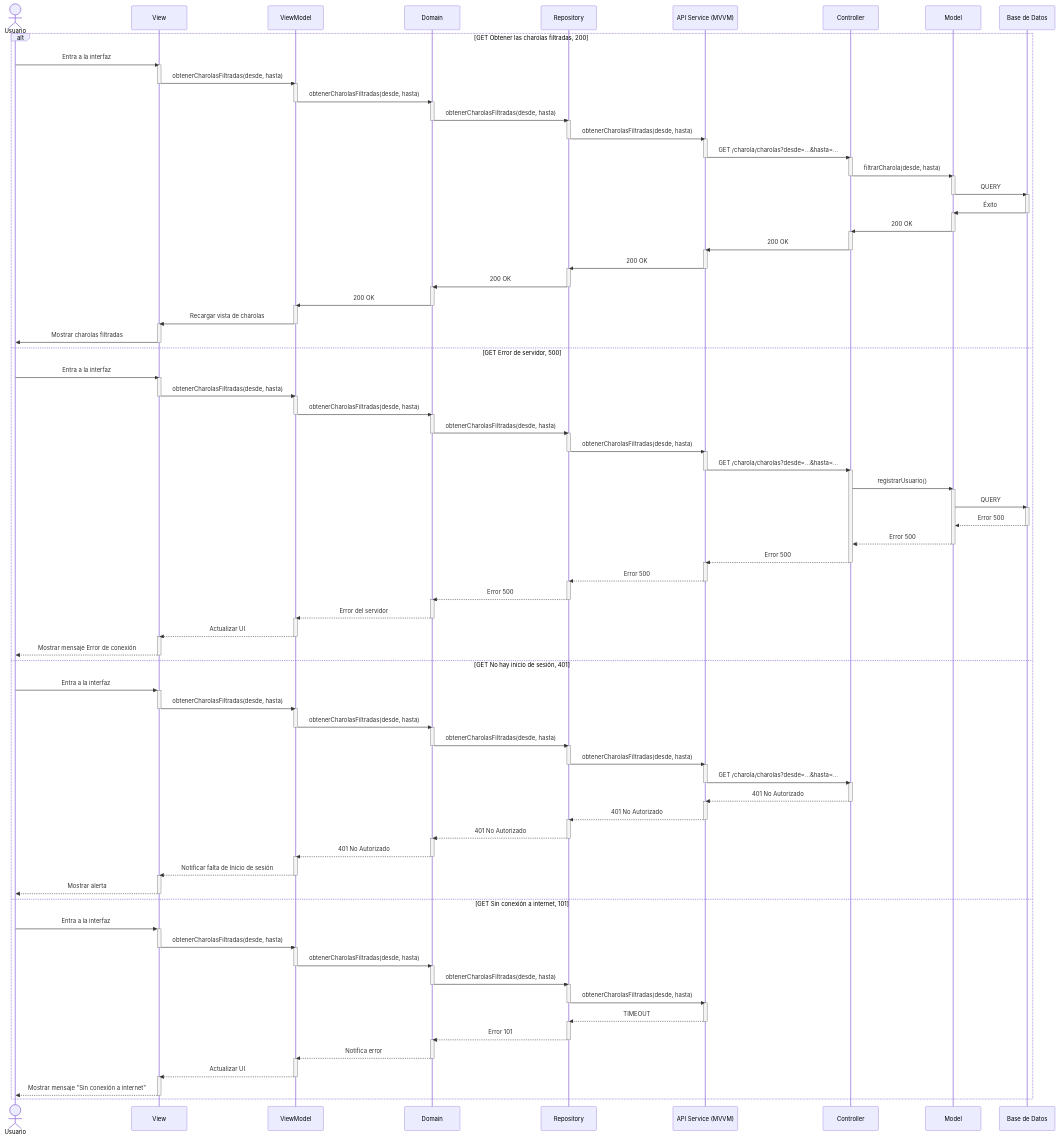
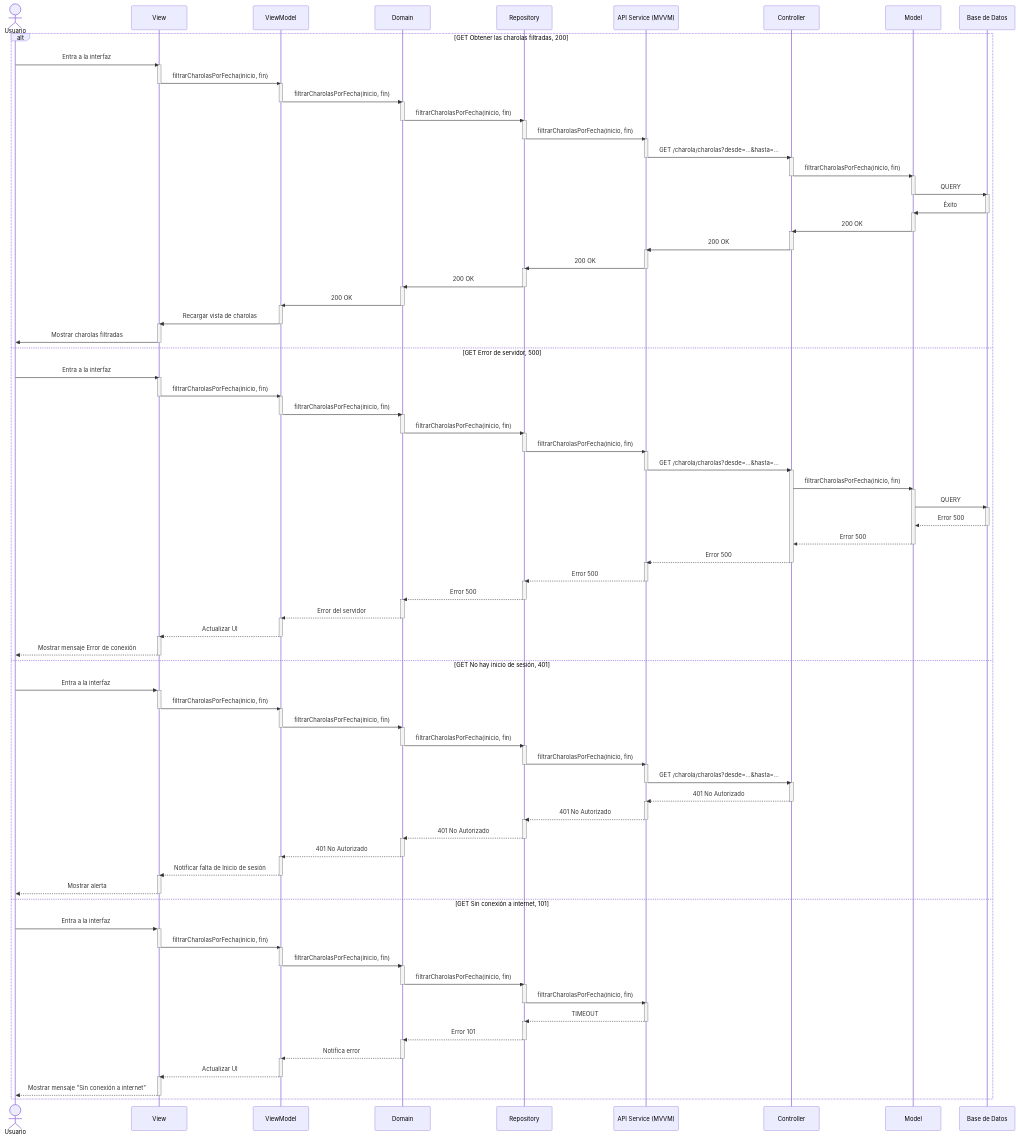
One commit to CodeAnd-Co/Documentacion changed the diagram in documentation/docs/proyectos/larvas/documentacion/requisitos/RF15.md. Above: the diagram before and after it, drawn with Mermaid. The commit also changed other lines of this file and 2 other files, not shown here.

Commit message:
Correcion diagrama de secuencia y mockup

```diff
--- a/documentation/docs/proyectos/larvas/documentacion/requisitos/RF15.md
+++ b/documentation/docs/proyectos/larvas/documentacion/requisitos/RF15.md
@@ -42,22 +42,22 @@
   alt GET Obtener las charolas filtradas, 200
     Usuario->>View: Entra a la interfaz
     activate View
-    View->>ViewModel: obtenerCharolasFiltradas(desde, hasta)
+    View->>ViewModel: filtrarCharolasPorFecha(inicio, fin)
     deactivate View
     activate ViewModel
-    ViewModel->>Domain: obtenerCharolasFiltradas(desde, hasta) 
+    ViewModel->>Domain: filtrarCharolasPorFecha(inicio, fin) 
     deactivate ViewModel
     activate Domain
-    Domain->>Repository: obtenerCharolasFiltradas(desde, hasta) 
+    Domain->>Repository: filtrarCharolasPorFecha(inicio, fin)
     deactivate Domain
     activate Repository
-    Repository->>APIService: obtenerCharolasFiltradas(desde, hasta) 
+    Repository->>APIService: filtrarCharolasPorFecha(inicio, fin)
     deactivate Repository
     activate APIService
     APIService->>Controller: GET /charola/charolas?desde=...&hasta=...
     deactivate APIService
     activate Controller
-    Controller->>Model: filtrarCharola(desde, hasta)
+    Controller->>Model: filtrarCharolasPorFecha(inicio, fin)
     deactivate Controller
     activate Model
     Model->>Database: QUERY
@@ -91,22 +91,22 @@
   else GET Error de servidor, 500
     Usuario->>View: Entra a la interfaz
     activate View
-    View->>ViewModel: obtenerCharolasFiltradas(desde, hasta)
+    View->>ViewModel: filtrarCharolasPorFecha(inicio, fin)
     deactivate View
     activate ViewModel 
-    ViewModel->>Domain: obtenerCharolasFiltradas(desde, hasta)
+    ViewModel->>Domain: filtrarCharolasPorFecha(inicio, fin)
     deactivate ViewModel 
     activate Domain
-    Domain->>Repository: obtenerCharolasFiltradas(desde, hasta)
+    Domain->>Repository: filtrarCharolasPorFecha(inicio, fin)
     deactivate Domain
     activate Repository
-    Repository->>APIService: obtenerCharolasFiltradas(desde, hasta)
+    Repository->>APIService: filtrarCharolasPorFecha(inicio, fin)
     deactivate Repository
     activate APIService
     APIService->>Controller: GET /charola/charolas?desde=...&hasta=...
     deactivate APIService
     activate Controller
-    Controller->>Model: registrarUsuario()
+    Controller->>Model: filtrarCharolasPorFecha(inicio, fin)
     activate Model
     Model->>Database: QUERY
     activate Database
@@ -135,15 +135,15 @@
 
   else GET No hay inicio de sesión, 401
     Usuario->>+View: Entra a la interfaz
-    View->>-ViewModel: obtenerCharolasFiltradas(desde, hasta)
+    View->>-ViewModel: filtrarCharolasPorFecha(inicio, fin)
     activate ViewModel 
-    ViewModel->>Domain: obtenerCharolasFiltradas(desde, hasta)
+    ViewModel->>Domain: filtrarCharolasPorFecha(inicio, fin)
     deactivate ViewModel 
     activate Domain
-    Domain->>Repository: obtenerCharolasFiltradas(desde, hasta)
+    Domain->>Repository: filtrarCharolasPorFecha(inicio, fin)
     deactivate Domain
     activate Repository
-    Repository->>APIService: obtenerCharolasFiltradas(desde, hasta)
+    Repository->>APIService: filtrarCharolasPorFecha(inicio, fin)
     deactivate Repository
     activate APIService
     APIService->>Controller: GET /charola/charolas?desde=...&hasta=...
@@ -170,15 +170,15 @@
 
     else GET Sin conexión a internet, 101
         Usuario->>+View: Entra a la interfaz
-        View->>-ViewModel: obtenerCharolasFiltradas(desde, hasta)
+        View->>-ViewModel: filtrarCharolasPorFecha(inicio, fin)
         activate ViewModel 
-        ViewModel->>Domain: obtenerCharolasFiltradas(desde, hasta)
+        ViewModel->>Domain: filtrarCharolasPorFecha(inicio, fin)
         deactivate ViewModel 
         activate Domain
-        Domain->>Repository: obtenerCharolasFiltradas(desde, hasta)
+        Domain->>Repository: filtrarCharolasPorFecha(inicio, fin)
         deactivate Domain
         activate Repository
-        Repository->>APIService: obtenerCharolasFiltradas(desde, hasta)
+        Repository->>APIService: filtrarCharolasPorFecha(inicio, fin)
         deactivate Repository
         activate APIService
 
```
